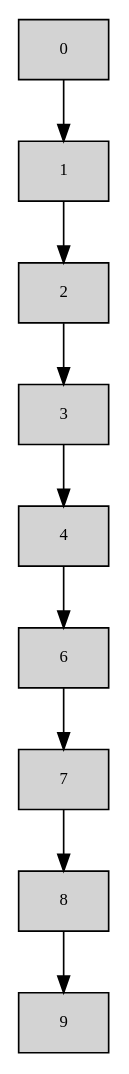
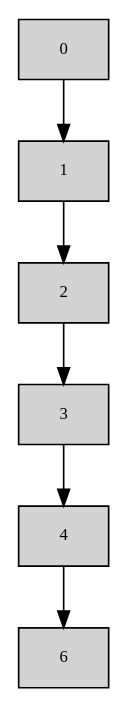
The diagram in cola.dot (Jorsala/ProyectoDic2017_201404215_201408448), drawn with Graphviz before and after one commit. The commit also changed 4 other files, not shown here.

```diff
--- a/cola.dot
+++ b/cola.dot
@@ -1,21 +1,15 @@
 digraph Ilustrasion5{
 node [shape=record fontsize=10 fontname=" Verdana"style=filled];
 node1[label="0"];
 node1->node2
 node2[label="1"];
 node2->node3
 node3[label="2"];
 node3->node4
 node4[label="3"];
 node4->node5
 node5[label="4"];
 node5->node6
 node6[label="6"];
-node6->node7
-node7[label="7"];
-node7->node8
-node8[label="8"];
-node8->node9
-node9[label="9"];
 
 }
```
